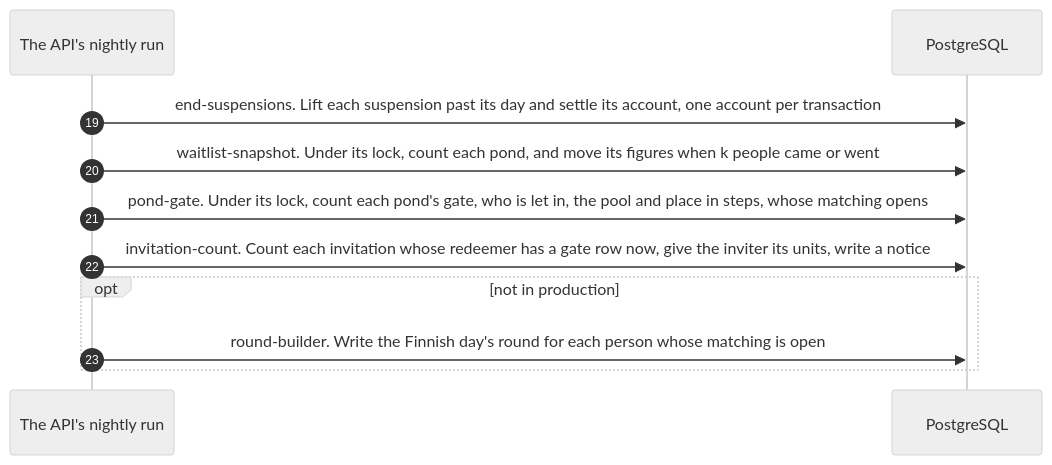
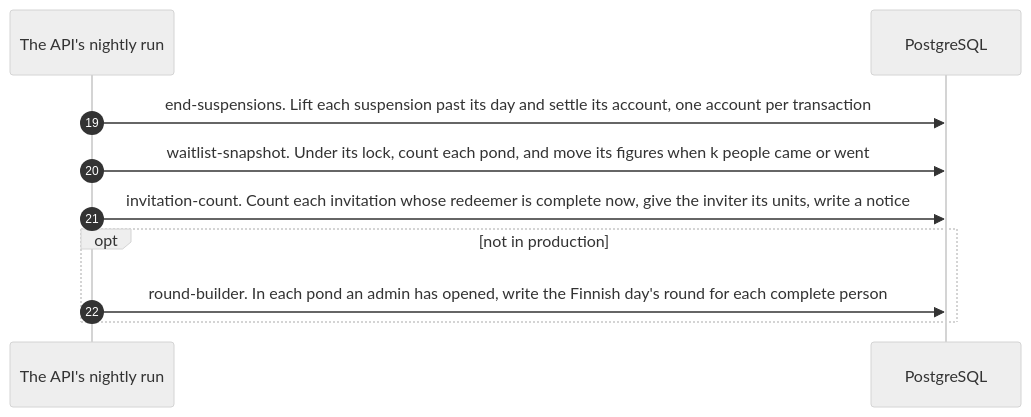
The third of 4 diagrams in docs/architecture/sequence-night.md (kuutti-ry/kuutti-app), drawn with Mermaid (neutral theme) before and after one commit. The commit also changed other lines of this file and 179 other files, not shown here.

First line of the commit message:
Open matching by an admin's switch, and take the pond gate away (#555)

````diff
--- a/docs/architecture/sequence-night.md
+++ b/docs/architecture/sequence-night.md
@@ -113,15 +112,14 @@
 ```mermaid
 sequenceDiagram
   accTitle: The night's jobs, part 3: the pond and the round
-  accDescr: Suspensions past their day end first, so a person let back in is counted the same night. Then the waitlist's figures, the gate's count, the invitations the gate's count has seen, and, outside production, each person's round for the Finnish day.
+  accDescr: Suspensions past their day end first, so a person let back in is counted the same night. Then the waitlist's figures, the invitations whose redeemer is complete, and, outside production, the Finnish day's round for each complete person of an open pond.
   autonumber 19
   participant api as The API's nightly run
   participant db as PostgreSQL
   api->>db: end-suspensions. Lift each suspension past its day and settle its account, one account per transaction
   api->>db: waitlist-snapshot. Under its lock, count each pond, and move its figures when k people came or went
-  api->>db: pond-gate. Under its lock, count each pond's gate, who is let in, the pool and place in steps, whose matching opens
-  api->>db: invitation-count. Count each invitation whose redeemer has a gate row now, give the inviter its units, write a notice
+  api->>db: invitation-count. Count each invitation whose redeemer is complete now, give the inviter its units, write a notice
   opt not in production
-    api->>db: round-builder. Write the Finnish day's round for each person whose matching is open
+    api->>db: round-builder. In each pond an admin has opened, write the Finnish day's round for each complete person
   end
 ```
````
